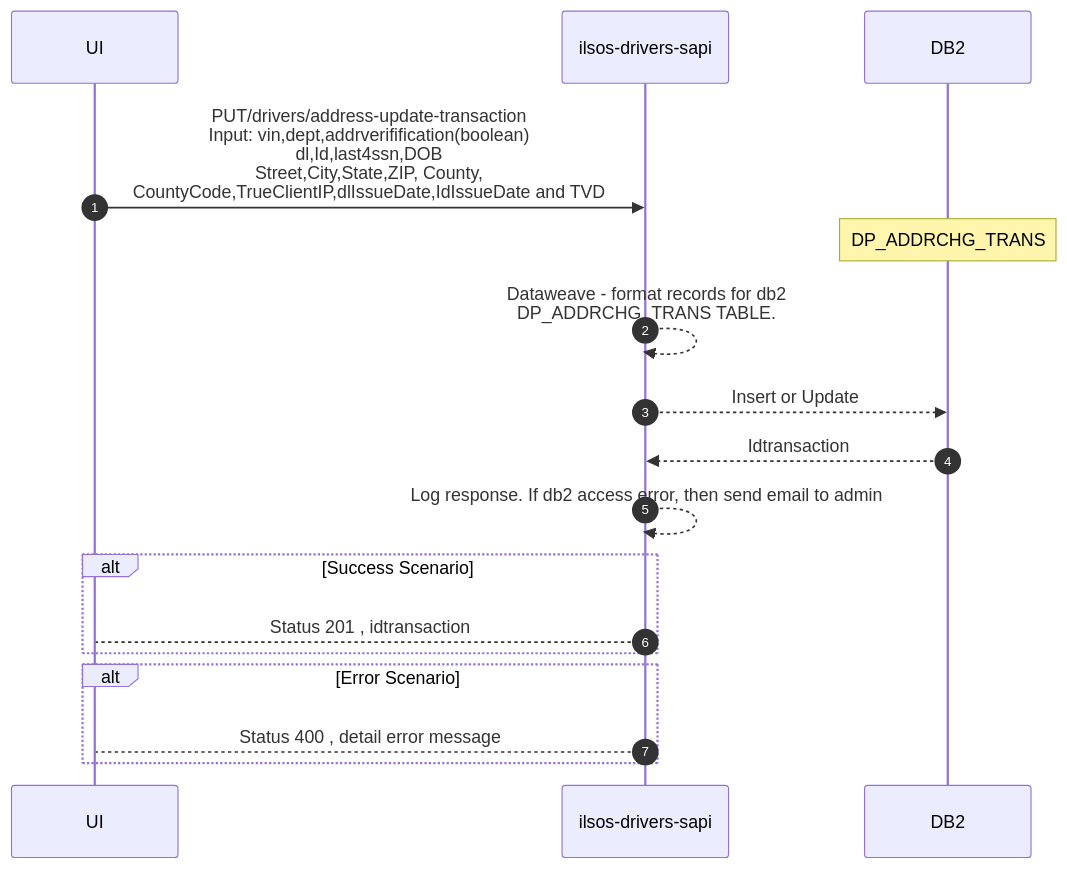
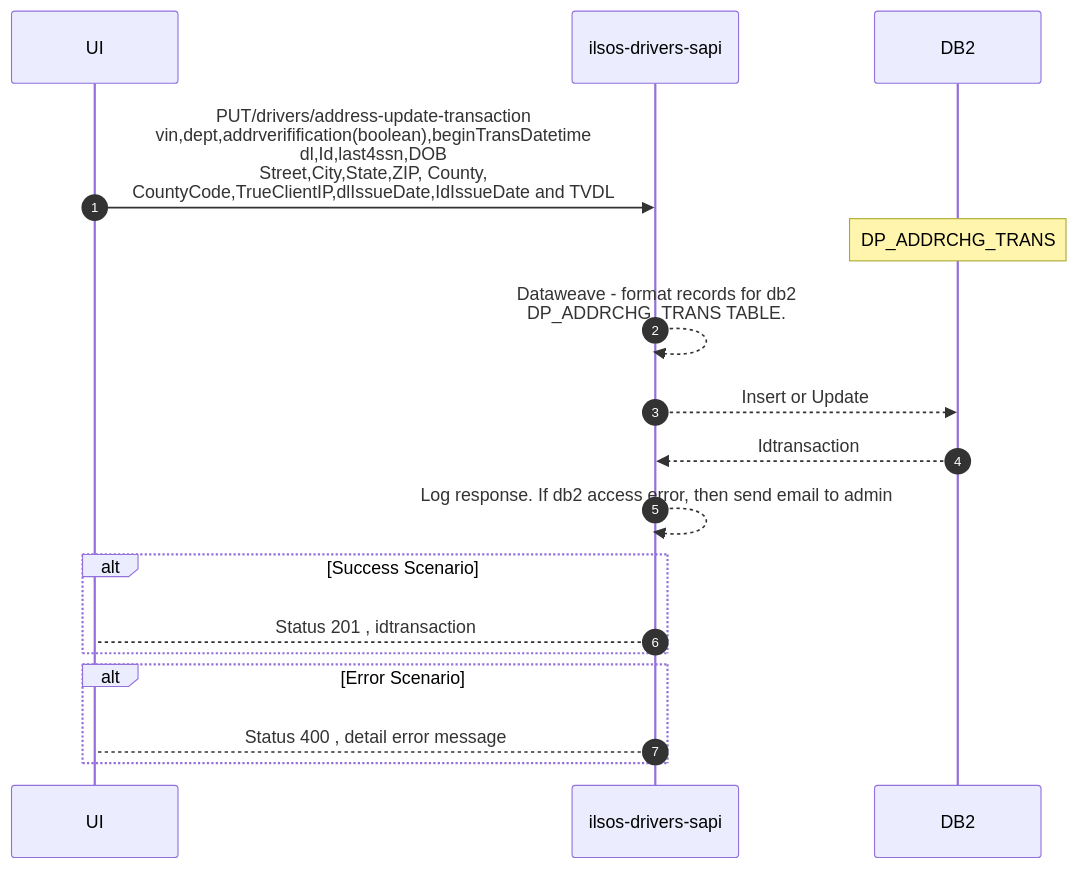
Before and after one commit to acme-devs/ilsos-drivers-sapi: the third of 3 diagrams in README.md, drawn with Mermaid. The commit also changed other lines of this file, not shown here.

````diff
--- a/README.md
+++ b/README.md
@@ -89,22 +90,23 @@
 ```mermaid
 sequenceDiagram
     autonumber
     participant ui as UI
     participant api as ilsos-drivers-sapi
     participant db2 as DB2
     
-    ui->>api:PUT/drivers/address-update-transaction <br>Input: vin,dept,addrverifification(boolean)<br>dl,Id,last4ssn,DOB<br>Street,City,State,ZIP, County,<br>CountyCode,TrueClientIP,dlIssueDate,IdIssueDate and TVD
+    ui->>api:PUT/drivers/address-update-transaction <br>vin,dept,addrverifification(boolean),beginTransDatetime<br>dl,Id,last4ssn,DOB<br>Street,City,State,ZIP, County,<br>CountyCode,TrueClientIP,dlIssueDate,IdIssueDate and TVDL
+
     note over db2:DP_ADDRCHG_TRANS
     
     api-->>api:Dataweave - format records for db2<BR> DP_ADDRCHG_TRANS TABLE.
     api-->>db2: Insert or Update 
     
     db2-->>api: Idtransaction
     api-->>api:Log response. If db2 access error, then send email to admin
     alt Success Scenario 
         api-->ui: Status 201 , idtransaction
     end
     alt Error Scenario 
         api-->ui: Status 400 , detail error message
     end
 ```
````
